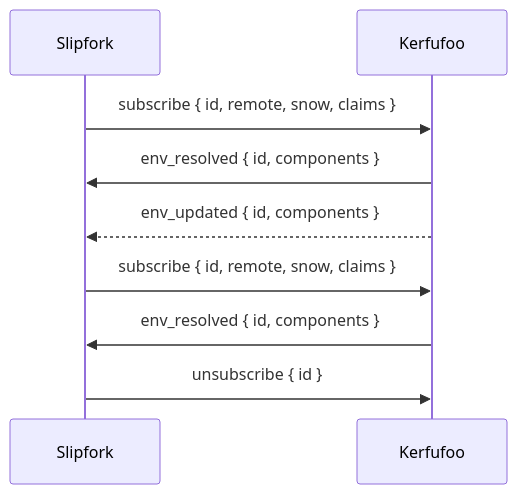
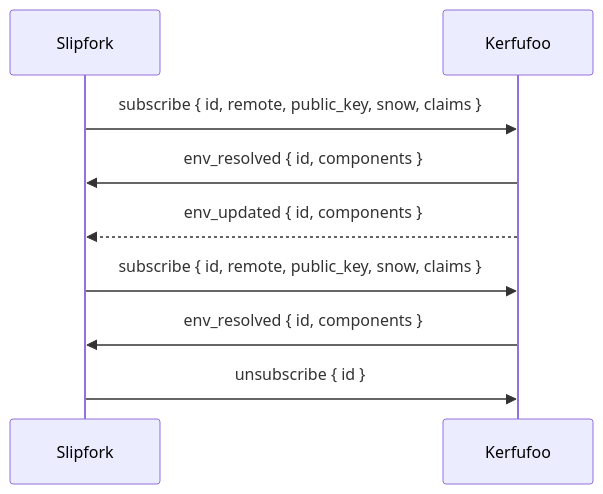
The second of 3 diagrams in docs/design/ospp.md (OffworldNexus/slipfork), drawn with Mermaid before and after one commit. The commit also changed other lines of this file and 2 other files, not shown here.

Commit message:
[M3.28.19] OSPP v1 spec: ID-only claims, HPKE per-subscription encryption

````diff
--- a/docs/design/ospp.md
+++ b/docs/design/ospp.md
@@ -54,11 +54,11 @@
 ```mermaid
 sequenceDiagram
   participant C as Slipfork
   participant S as Kerfufoo
-  C->>S: subscribe { id, remote, snow, claims }
+  C->>S: subscribe { id, remote, public_key, snow, claims }
   S->>C: env_resolved { id, components }
   S-->>C: env_updated { id, components }
-  C->>S: subscribe { id, remote, snow, claims }
+  C->>S: subscribe { id, remote, public_key, snow, claims }
   S->>C: env_resolved { id, components }
   C->>S: unsubscribe { id }
 ```
````
